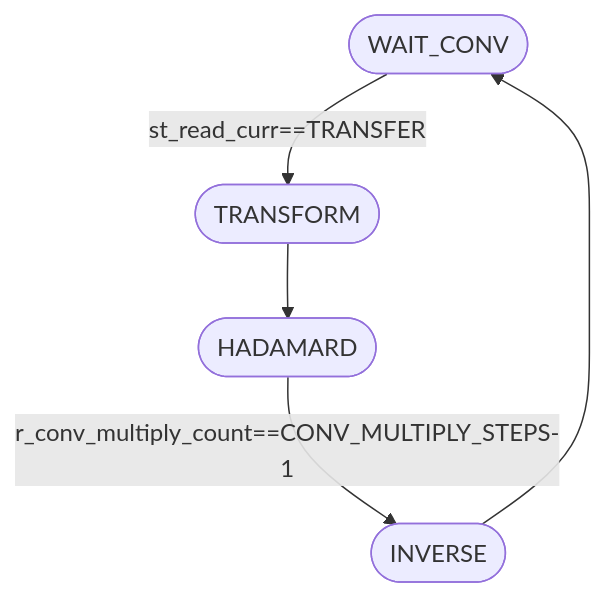
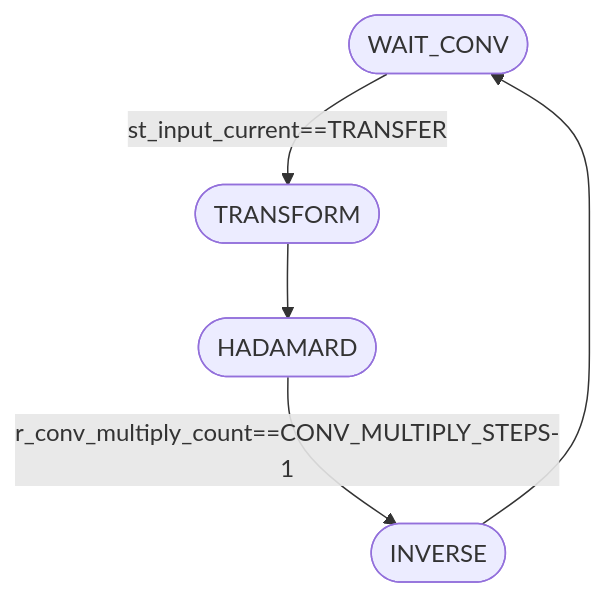
The second of 3 diagrams in rtl/control/README.md (tarsioonofrio/FastConv_SystemVerilog), drawn with Mermaid before and after one commit. The commit also changed other lines of this file and 1 other file, not shown here.

````diff
--- a/rtl/control/README.md
+++ b/rtl/control/README.md
@@ -82,7 +89,7 @@
 ```mermaid
 flowchart TB
-    WC(["WAIT_CONV"]) -->|"st_read_curr==TRANSFER"| TRANSFORM(["TRANSFORM"])
+    WC(["WAIT_CONV"]) -->|"st_input_current==TRANSFER"| TRANSFORM(["TRANSFORM"])
     TRANSFORM --> H(["HADAMARD"])
     H -->|"r_conv_multiply_count==CONV_MULTIPLY_STEPS-1"| INVERSE(["INVERSE"])
     INVERSE --> WC
 ```
````
